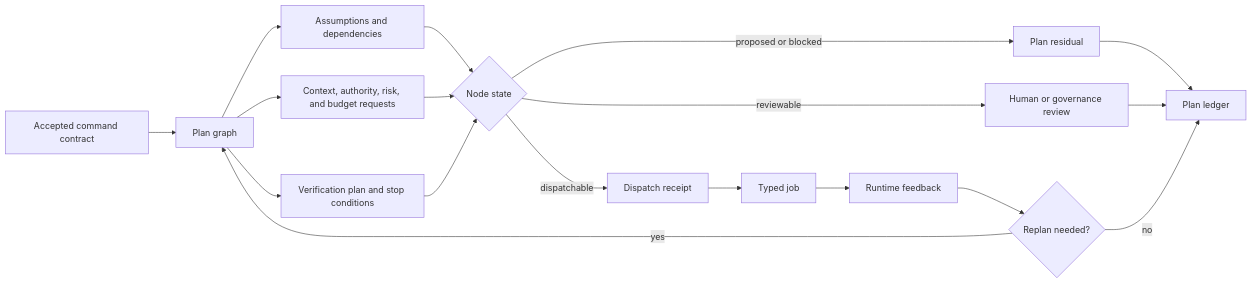
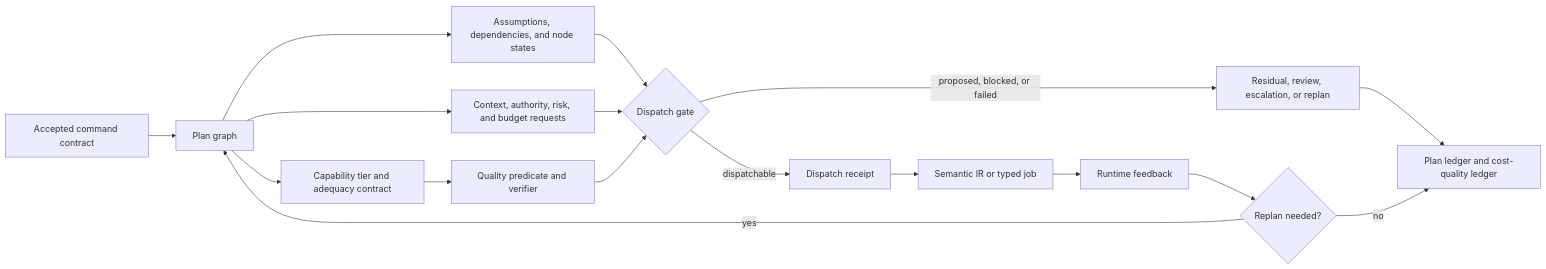
Before and after one commit to corbensorenson/asi-stack-book: the diagram in editions/reader_manuscript/v1_0/chapters/planning-as-a-control-layer.qmd, drawn with Mermaid. The commit also changed other lines of this file and 77 other files, not shown here.

````diff
--- a/editions/reader_manuscript/v1_0/chapters/planning-as-a-control-layer.qmd
+++ b/editions/reader_manuscript/v1_0/chapters/planning-as-a-control-layer.qmd
@@ -133,20 +146,19 @@
 ```{mermaid}
 flowchart LR
   A["Accepted command contract"] --> B["Plan graph"]
-  B --> C["Assumptions and dependencies"]
+  B --> C["Assumptions, dependencies, and node states"]
   B --> D["Context, authority, risk, and budget requests"]
-  B --> E["Verification plan and stop conditions"]
-  C --> F{"Node state"}
-  D --> F
-  E --> F
-  F -- "proposed or blocked" --> G["Plan residual"]
-  F -- "reviewable" --> H["Human or governance review"]
-  F -- "dispatchable" --> I["Dispatch receipt"]
-  I --> J["Typed job"]
+  B --> E["Capability tier and adequacy contract"]
+  E --> F["Quality predicate and verifier"]
+  C --> G{"Dispatch gate"}
+  D --> G
+  F --> G
+  G -- "proposed, blocked, or failed" --> H["Residual, review, escalation, or replan"]
+  G -- "dispatchable" --> I["Dispatch receipt"]
+  I --> J["Semantic IR or typed job"]
   J --> K["Runtime feedback"]
   K --> L{"Replan needed?"}
   L -- "yes" --> B
-  L -- "no" --> M["Plan ledger"]
-  G --> M
+  L -- "no" --> M["Plan ledger and cost-quality ledger"]
   H --> M
 ```
````
